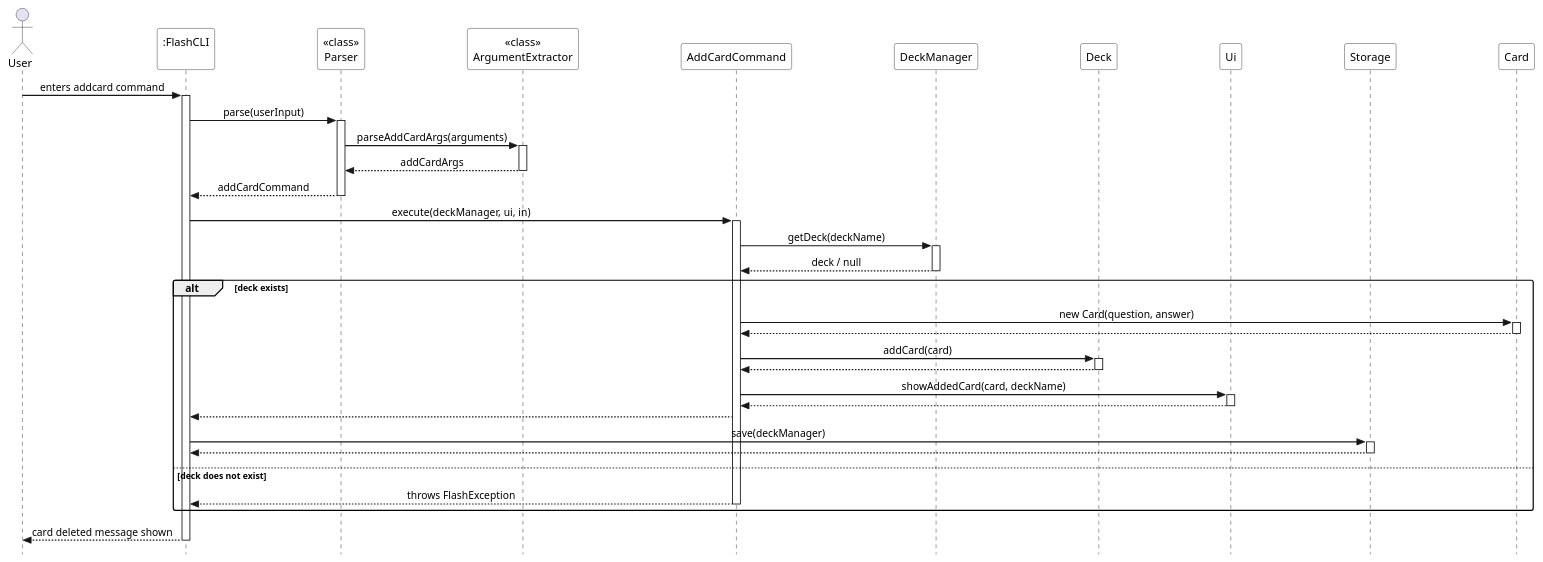
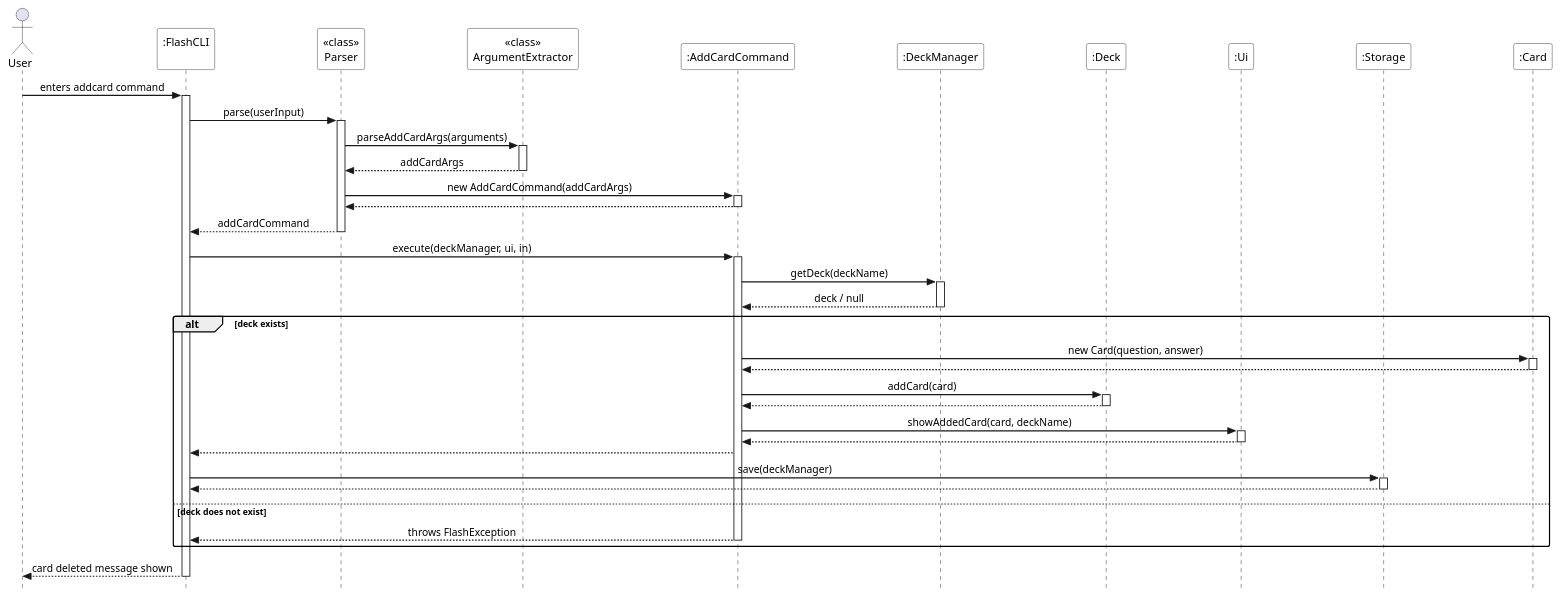
The diagram in docs/diagrams/add-card-command-sequence.puml (Advait-B/tp), drawn with PlantUML before and after one commit. The commit also changed 1 other file, not shown here.

Commit message:
Fix errors in Add Card sequence diagram
Correct participant name formatting to use :className convention.
Add constructor calls with return arrows for AddCardCommand and Card creation.

```diff
--- a/docs/diagrams/add-card-command-sequence.puml
+++ b/docs/diagrams/add-card-command-sequence.puml
@@ -1,76 +1,81 @@
 @startuml add_card_sequence_diagram
 !pragma teoz true
 hide footbox
 skinparam sequenceMessageAlign center
 skinparam ParticipantPadding 60
 skinparam style strictuml
 skinparam SequenceGroupBodyBackgroundColor transparent
 skinparam SequenceReferenceBackgroundColor white
 skinparam SequenceBoxBackgroundColor transparent
 skinparam sequenceParticipantBackgroundColor white
 skinparam sequenceLifeLineBorderColor black
 skinparam sequenceArrowThickness 1.5
 skinparam roundcorner 5
 
 actor User
 participant ":FlashCLI\n" as FlashCLI
 participant "<<class>>\nParser" as Parser
 participant "<<class>>\nArgumentExtractor" as ArgumentExtractor
-participant "AddCardCommand" as AddCardCommand
-participant "DeckManager" as DeckManager
-participant "Deck" as Deck
-participant "Ui" as Ui
-participant "Storage" as Storage
-participant "Card" as Card
+participant ":AddCardCommand" as AddCardCommand
+participant ":DeckManager" as DeckManager
+participant ":Deck" as Deck
+participant ":Ui" as Ui
+participant ":Storage" as Storage
+participant ":Card" as Card
 
 User -> FlashCLI : enters addcard command
 activate FlashCLI
 FlashCLI -> Parser : parse(userInput)
 activate Parser
 
 Parser -> ArgumentExtractor : parseAddCardArgs(arguments)
 activate ArgumentExtractor
 ArgumentExtractor --> Parser : addCardArgs
 deactivate ArgumentExtractor
+
+Parser -> AddCardCommand : new AddCardCommand(addCardArgs)
+activate AddCardCommand
+AddCardCommand --> Parser
+deactivate AddCardCommand
 
 Parser --> FlashCLI : addCardCommand
 deactivate Parser
 
 FlashCLI -> AddCardCommand : execute(deckManager, ui, in)
 activate AddCardCommand
 
 AddCardCommand -> DeckManager : getDeck(deckName)
 activate DeckManager
 DeckManager --> AddCardCommand : deck / null
 deactivate DeckManager
 
 alt deck exists
     AddCardCommand -> Card : new Card(question, answer)
     activate Card
     Card --> AddCardCommand
     deactivate Card
 
     AddCardCommand -> Deck : addCard(card)
     activate Deck
     Deck --> AddCardCommand
     deactivate Deck
 
     AddCardCommand -> Ui : showAddedCard(card, deckName)
     activate Ui
     Ui --> AddCardCommand
     deactivate Ui
 
     AddCardCommand --> FlashCLI
 
     FlashCLI -> Storage : save(deckManager)
     activate Storage
     Storage --> FlashCLI
     deactivate Storage
 
 else deck does not exist
     AddCardCommand --> FlashCLI : throws FlashException
     deactivate AddCardCommand
 end
 FlashCLI --> User : card deleted message shown
 deactivate FlashCLI
 @enduml
```
